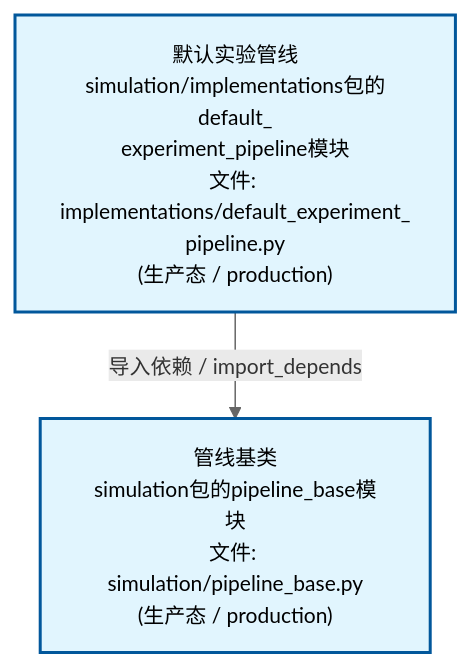
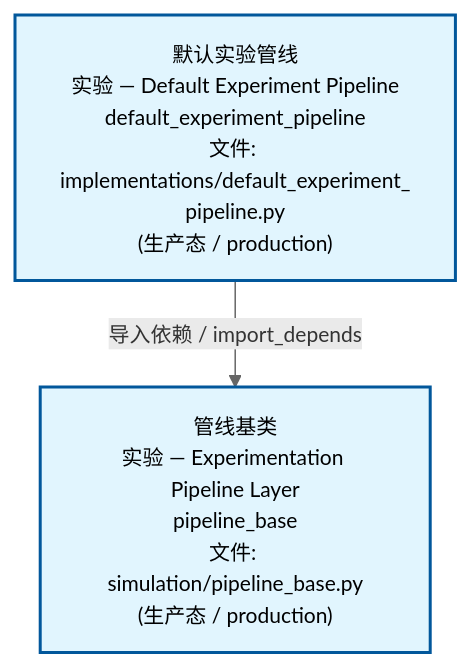
The second of 4 diagrams in docs/02_enterprise_architecture/02_domain_architecture_docs/70_d_simulation.md (xuanFelixVan/ZephyrAlpha), drawn with Mermaid before and after one commit. The commit also changed other lines of this file and 56 other files, not shown here.

````diff
--- a/docs/02_enterprise_architecture/02_domain_architecture_docs/70_d_simulation.md
+++ b/docs/02_enterprise_architecture/02_domain_architecture_docs/70_d_simulation.md
@@ -95,12 +95,12 @@
 ```mermaid
 %%{init: {'theme': 'base', 'themeVariables': {'primaryColor': '#eaeaea', 'primaryTextColor': '#333333', 'primaryBorderColor': '#666666', 'lineColor': '#666666', 'secondaryColor': '#eaeaea', 'tertiaryColor': '#eaeaea', 'fontSize': '14px'}}}%%
 flowchart TD
-    src_zephyr_simulation_implementations_default_experiment_pipeline_py["默认实验管线<br/>simulation/implementations包的default_<br/>experiment_pipeline模块<br/>文件: implementations/default_experiment_<br/>pipeline.py<br/>(生产态 / production)"]
-    src_zephyr_simulation_pipeline_base_py["管线基类<br/>simulation包的pipeline_base模块<br/>文件: simulation/pipeline_base.py<br/>(生产态 / production)"]
+    src_zephyr_simulation_implementations_default_experiment_pipeline_py["默认实验管线<br/>实验 — Default Experiment Pipeline<br/>default_experiment_pipeline<br/>文件: implementations/default_experiment_<br/>pipeline.py<br/>(生产态 / production)"]
+    src_zephyr_simulation_pipeline_base_py["管线基类<br/>实验 — Experimentation Pipeline Layer<br/>pipeline_base<br/>文件: simulation/pipeline_base.py<br/>(生产态 / production)"]
     src_zephyr_simulation_implementations_default_experiment_pipeline_py -->|导入依赖 / import_depends| src_zephyr_simulation_pipeline_base_py
     classDef production fill:#e1f5fe,stroke:#01579b,stroke-width:2px,color:#000
     classDef design fill:#fff3e0,stroke:#e65100,stroke-width:2px,color:#000,stroke-dasharray: 5 5
     classDef external_prod fill:#e8f4fd,stroke:#0277bd,stroke-width:1px,color:#000
     classDef external_design fill:#fff8e7,stroke:#ef6c00,stroke-width:1px,color:#000,stroke-dasharray: 5 5
     class src_zephyr_simulation_implementations_default_experiment_pipeline_py,src_zephyr_simulation_pipeline_base_py production
 ```
````
